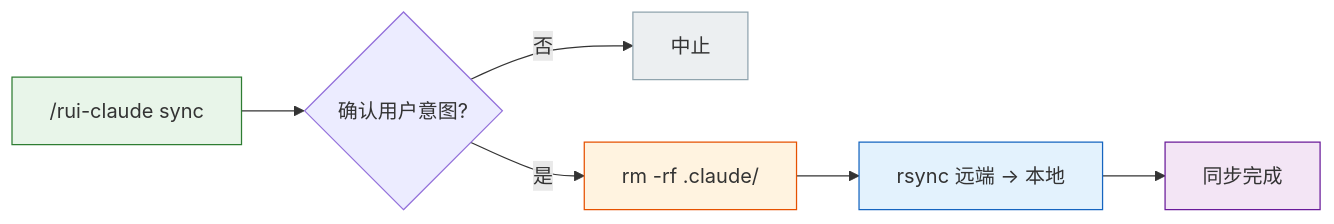
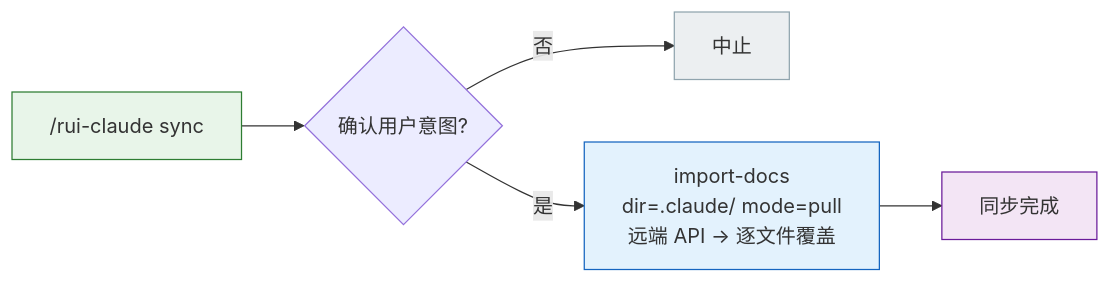
One commit to effiy/YrY changed the third of 8 diagrams in rules/rui-claude.md. Above: the diagram before and after it, drawn with Mermaid. The commit also changed other lines of this file and 25 other files, not shown here.

````diff
--- a/rules/rui-claude.md
+++ b/rules/rui-claude.md
@@ -78,14 +78,12 @@
 ```mermaid
 flowchart LR
     TRIGGER["/rui-claude sync"]:::src --> CONFIRM{"确认用户意图?"}
     CONFIRM -->|"否"| ABORT["中止"]:::abort
-    CONFIRM -->|"是"| WIPE["rm -rf .claude/"]:::warn
-    WIPE --> COPY["rsync 远端 → 本地"]:::op
-    COPY --> DONE["同步完成"]:::done
+    CONFIRM -->|"是"| PULL["import-docs<br/>dir=.claude/ mode=pull<br/>远端 API → 逐文件覆盖"]:::op
+    PULL --> DONE["同步完成"]:::done
 
     classDef src fill:#e8f5e9,stroke:#2e7d32;
     classDef abort fill:#eceff1,stroke:#90a4ae;
-    classDef warn fill:#fff3e0,stroke:#e65100;
     classDef op fill:#e3f2fd,stroke:#1565c0;
     classDef done fill:#f3e5f5,stroke:#6a1b9a;
 ```
````
